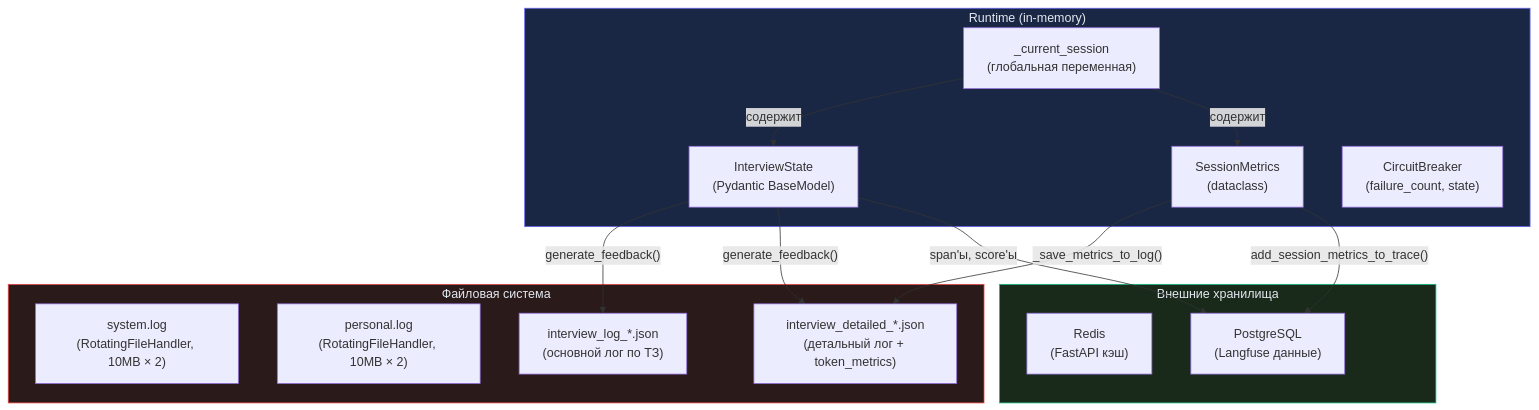
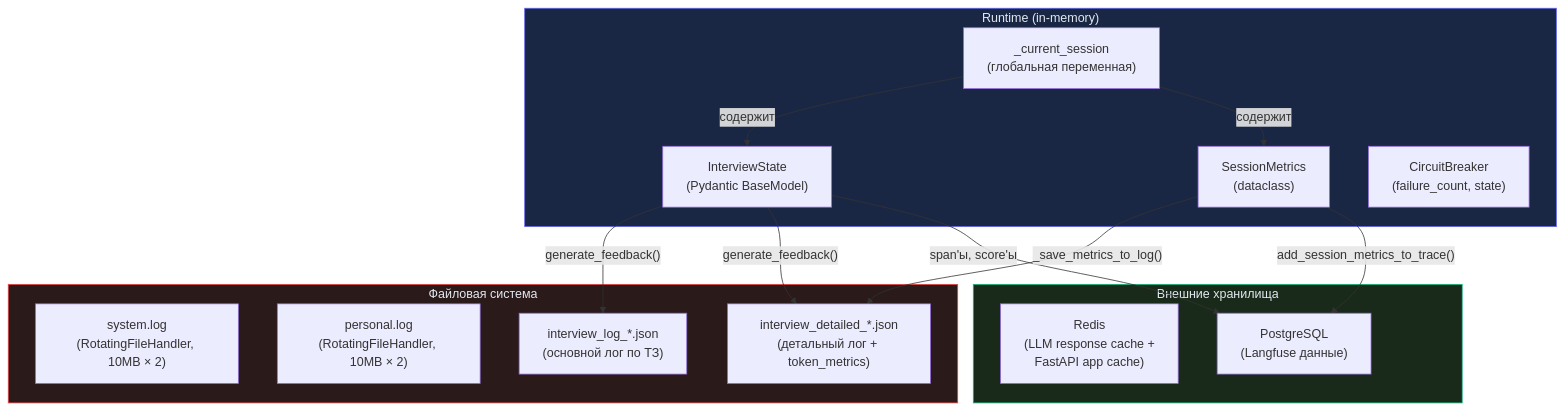
One commit to RomiconEZ/Multi-Agent-Interview-Coach changed the fifth of 6 diagrams in docs/diagrams/data-flow.md. Above: the diagram before and after it, drawn with Mermaid. The commit also changed other lines of this file and 3 other files, not shown here.

Commit message:
Update documentation: enhance clarity of LLM infrastructure, cache handling, and data flow details

````diff
--- a/docs/diagrams/data-flow.md
+++ b/docs/diagrams/data-flow.md
@@ -214,35 +222,35 @@
 ```mermaid
 flowchart TB
     subgraph RUNTIME["Runtime (in-memory)"]
         IS["InterviewState<br/>(Pydantic BaseModel)"]
         SM["SessionMetrics<br/>(dataclass)"]
         CB["CircuitBreaker<br/>(failure_count, state)"]
         SESS["_current_session<br/>(глобальная переменная)"]
     end
 
     subgraph FILESYSTEM["Файловая система"]
         SL["system.log<br/>(RotatingFileHandler, 10MB × 2)"]
         PL["personal.log<br/>(RotatingFileHandler, 10MB × 2)"]
         IL["interview_log_*.json<br/>(основной лог по ТЗ)"]
         DL["interview_detailed_*.json<br/>(детальный лог + token_metrics)"]
     end
 
     subgraph EXTERNAL_STORES["Внешние хранилища"]
-        RD["Redis<br/>(FastAPI кэш)"]
+        RD["Redis<br/>(LLM response cache +<br/>FastAPI app cache)"]
         PG["PostgreSQL<br/>(Langfuse данные)"]
     end
 
     IS -->|"generate_feedback()"| IL
     IS -->|"generate_feedback()"| DL
     SM -->|"_save_metrics_to_log()"| DL
 
     IS -->|"span'ы, score'ы"| PG
     SM -->|"add_session_metrics_to_trace()"| PG
 
     SESS -->|"содержит"| IS
     SESS -->|"содержит"| SM
 
     style RUNTIME fill:#1a2744,stroke:#6366f1,color:#e2e8f0
     style FILESYSTEM fill:#2a1a1a,stroke:#ef4444,color:#e2e8f0
     style EXTERNAL_STORES fill:#1a2a1a,stroke:#10b981,color:#e2e8f0
 ```
````
